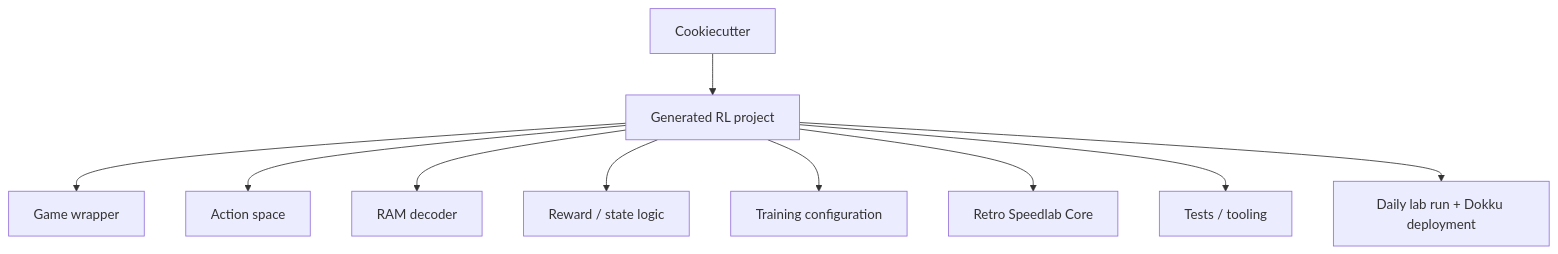
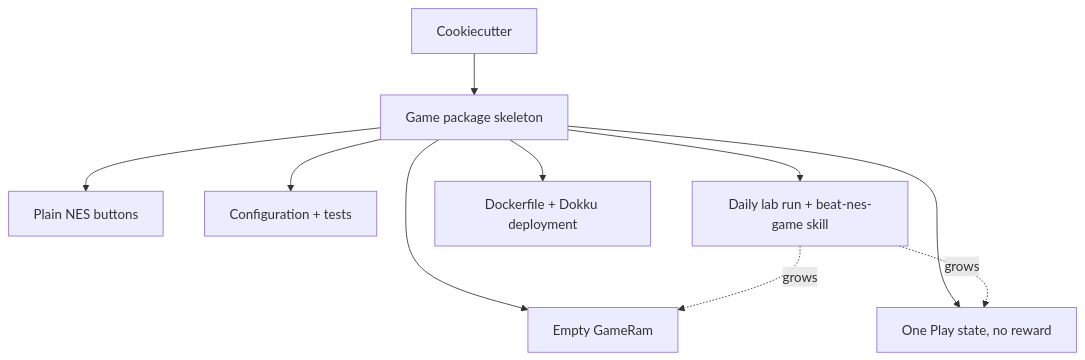
Before and after one commit to datenwissenschaften/retro-speedlab: the first of 2 diagrams in README.md, drawn with Mermaid. The commit also changed other lines of this file and 21 other files, not shown here.

First line of the commit message:
refactor(template)!: generate a skeleton the lab runs build on

````diff
--- a/README.md
+++ b/README.md
@@ -15,12 +15,12 @@
 ```mermaid
 flowchart TD
-    CC[Cookiecutter] --> GEN[Generated RL project]
-    GEN --> A[Game wrapper]
-    GEN --> B[Action space]
-    GEN --> C[RAM decoder]
-    GEN --> D[Reward / state logic]
-    GEN --> E[Training configuration]
-    GEN --> F[Retro Speedlab Core]
-    GEN --> G[Tests / tooling]
-    GEN --> H[Daily lab run + Dokku deployment]
+    CC[Cookiecutter] --> GEN[Game package skeleton]
+    GEN --> A[Plain NES buttons]
+    GEN --> B[Empty GameRam]
+    GEN --> C[One Play state, no reward]
+    GEN --> D[Configuration + tests]
+    GEN --> E[Daily lab run + beat-nes-game skill]
+    GEN --> F[Dockerfile + Dokku deployment]
+    E -. grows .-> B
+    E -. grows .-> C
 ```
````
